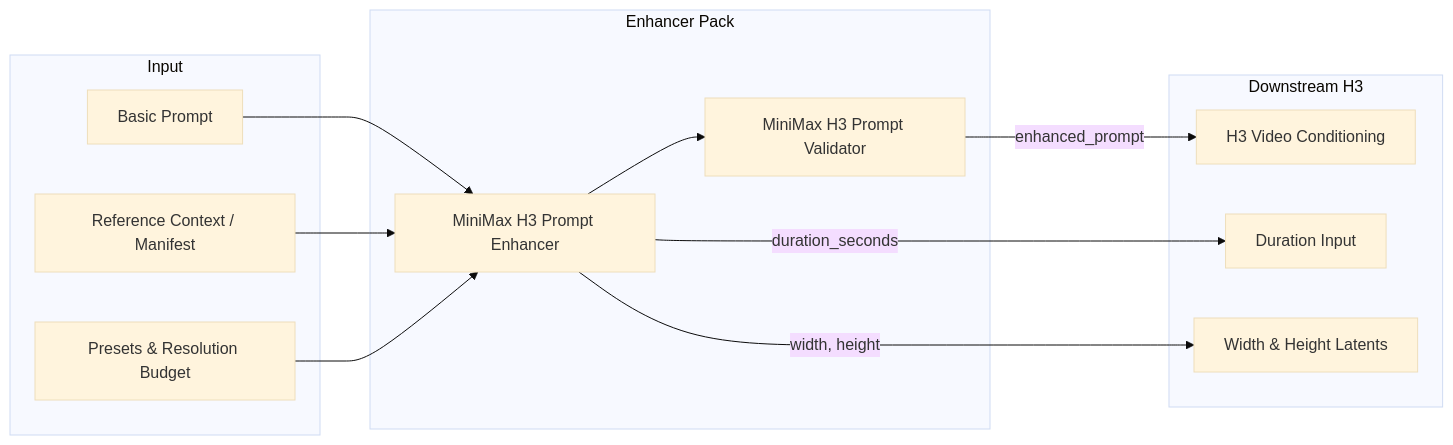
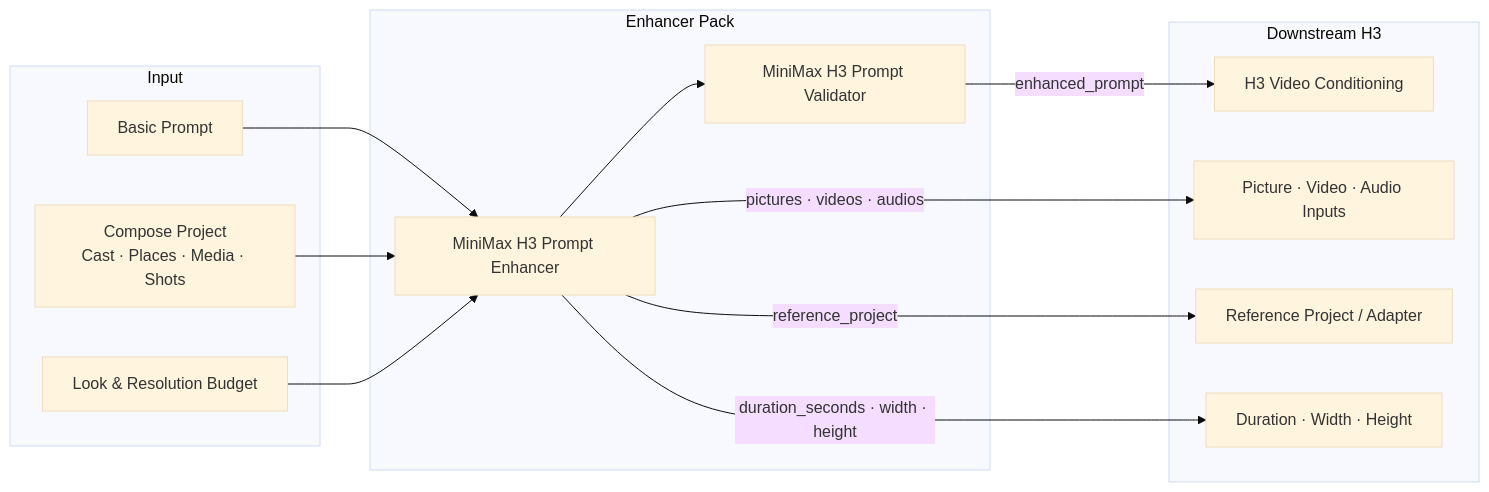
The diagram in README.md (hyukudan/ComfyUI-MiniMax-H3-Prompt-Enhancer), drawn with Mermaid (base theme) before and after one commit. The commit also changed other lines of this file, not shown here.

````diff
--- a/README.md
+++ b/README.md
@@ -90,24 +101,26 @@
 ```mermaid
 graph LR
     subgraph Input
         A[Basic Prompt]
-        B[Reference Context / Manifest]
-        C[Presets & Resolution Budget]
+        B[Compose Project<br/>Cast · Places · Media · Shots]
+        C[Look & Resolution Budget]
     end
     subgraph Enhancer Pack
         D[MiniMax H3 Prompt Enhancer]
         E[MiniMax H3 Prompt Validator]
     end
     subgraph Downstream H3
         F[H3 Video Conditioning]
-        G[Duration Input]
-        H[Width & Height Latents]
+        G[Picture · Video · Audio Inputs]
+        H[Reference Project / Adapter]
+        I[Duration · Width · Height]
     end
     A --> D
     B --> D
     C --> D
     D --> E
     E -->|enhanced_prompt| F
-    D -->|duration_seconds| G
-    D -->|width, height| H
+    D -->|pictures · videos · audios| G
+    D -->|reference_project| H
+    D -->|duration_seconds · width · height| I
 ```
````
